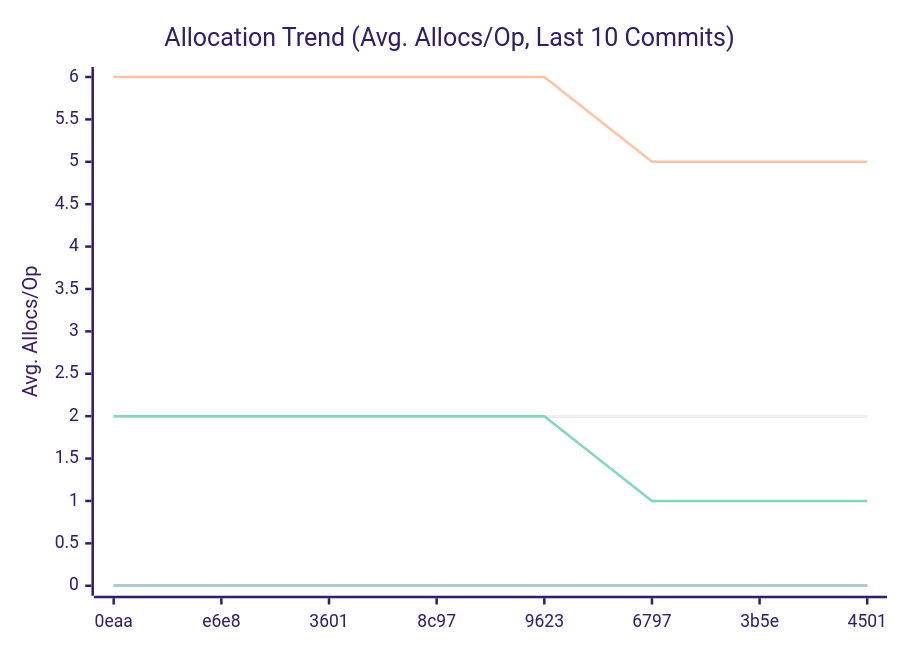
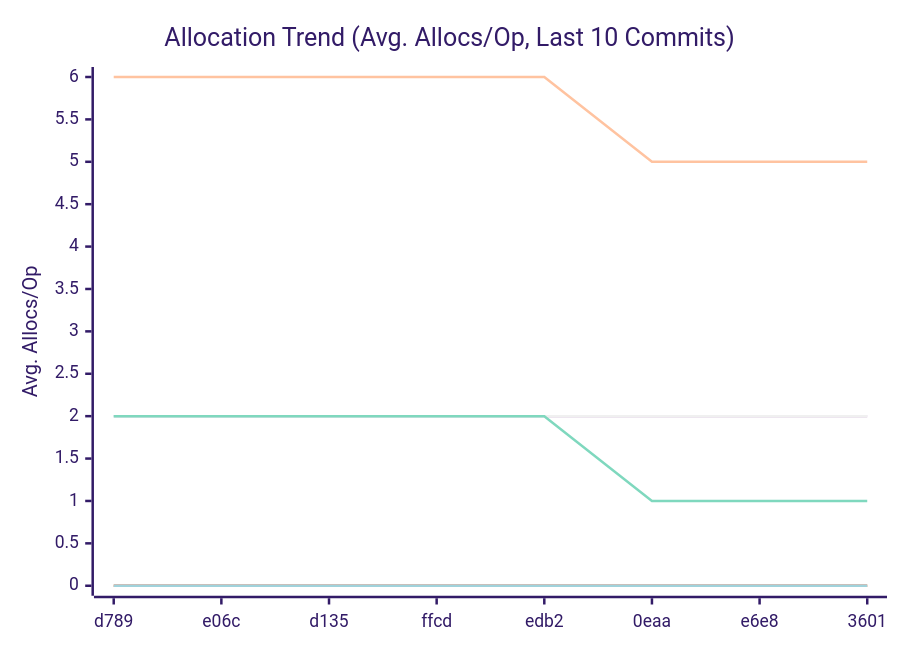
The third of 3 diagrams in docs/README.md (alsotoes/momo), drawn with Mermaid (forest theme) before and after one commit. The commit also changed other lines of this file and 8 other files, not shown here.

````diff
--- a/docs/README.md
+++ b/docs/README.md
@@ -333,14 +333,14 @@
 ```mermaid
 xychart-beta
     title "Allocation Trend (Avg. Allocs/Op, Last 10 Commits)"
     x-axis "Commit"
     y-axis "Avg. Allocs/Op"
-    x-axis [0eaa,e6e8,3601,8c97,9623,6797,3b5e,4501]
+    x-axis [d789,e06c,d135,ffcd,edb2,0eaa,e6e8,3601]
     line "CheckMetricsAndSwap" [0,0,0,0,0,0,0,0,0,0]
     line "IndexDirectTracking" [0,0,0,0,0,0,0,0,0,0]
     line "IndexSearch" [0,0,0,0,0,0,0,0,0,0]
     line "LoadGlobalConfig" [2,2,2,2,2,2,2,2,2,2]
     line "PadString" [2,2,2,2,2,2,2,2,2,2]
     line "ParseReplicationOrder_NoPrealloc" [6,6,6,6,6,5,5,5,5,5]
     line "ParseReplicationOrder_Prealloc" [2,2,2,2,2,1,1,1,1,1]
 ```
````
